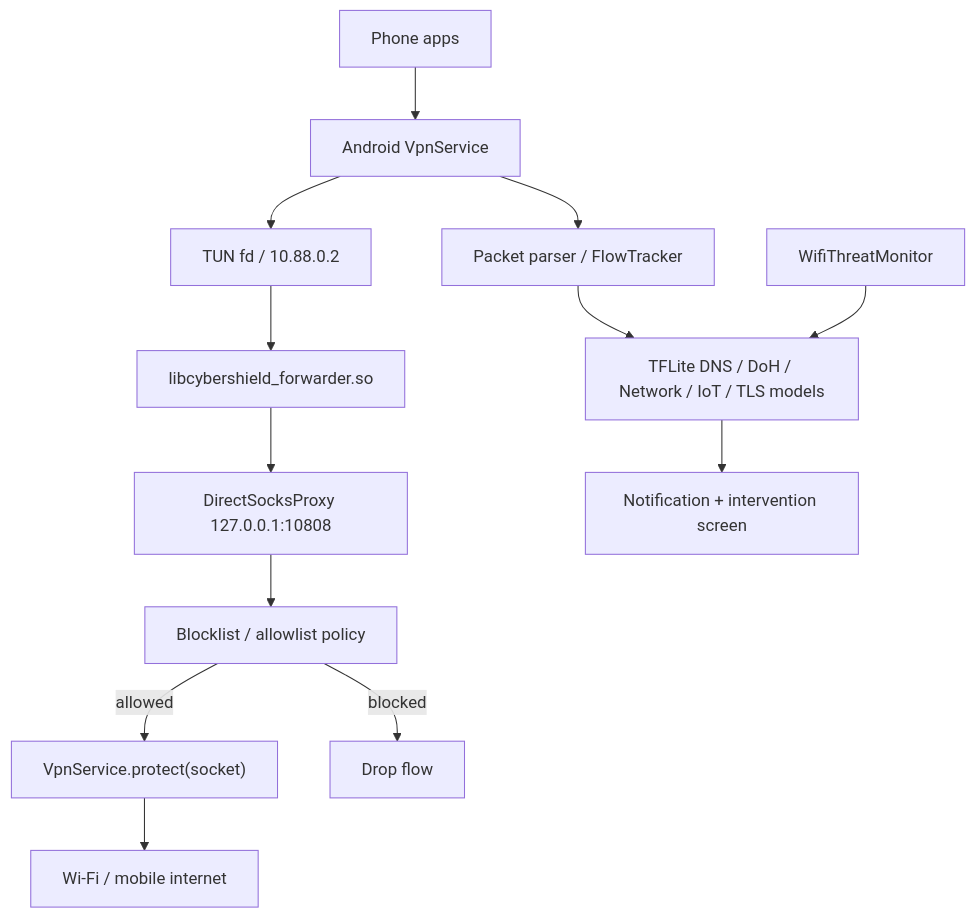
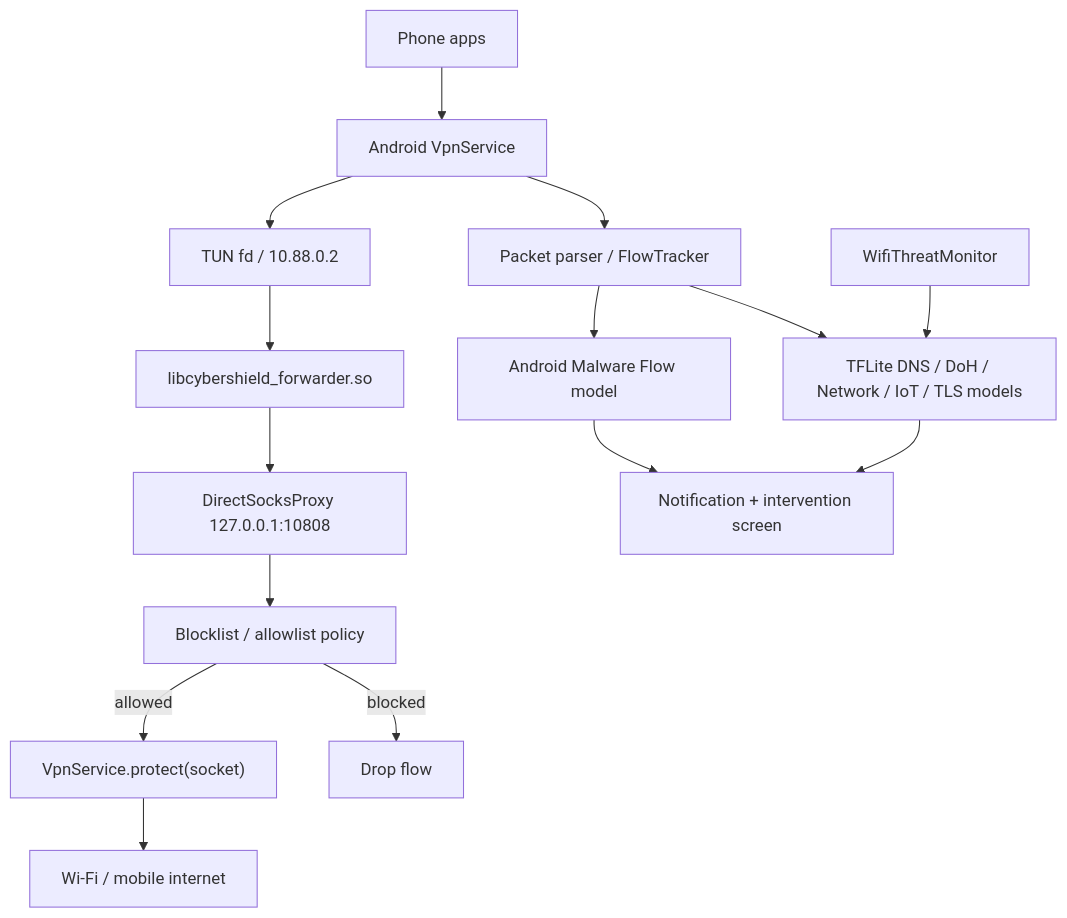
Before and after one commit to chefvolkan53-ctrl/CyberShieldAndroid: the diagram in docs/DEFENSE_ARCHITECTURE.md, drawn with Mermaid. The commit also changed other lines of this file and 12 other files, not shown here.

Commit message:
Add Android malware flow detector

````diff
--- a/docs/DEFENSE_ARCHITECTURE.md
+++ b/docs/DEFENSE_ARCHITECTURE.md
@@ -60,15 +60,17 @@
 ```mermaid
 flowchart TD
     Apps["Phone apps"] --> AndroidVpn["Android VpnService"]
     AndroidVpn --> Tun["TUN fd / 10.88.0.2"]
     Tun --> Native["libcybershield_forwarder.so"]
     Native --> Socks["DirectSocksProxy 127.0.0.1:10808"]
     Socks --> Policy["Blocklist / allowlist policy"]
     Policy -->|allowed| Protect["VpnService.protect(socket)"]
     Policy -->|blocked| Drop["Drop flow"]
     Protect --> Internet["Wi-Fi / mobile internet"]
     AndroidVpn --> Parser["Packet parser / FlowTracker"]
     Parser --> Models["TFLite DNS / DoH / Network / IoT / TLS models"]
+    Parser --> AndroidFlow["Android Malware Flow model"]
     Wifi["WifiThreatMonitor"] --> Models
+    AndroidFlow --> Intervention
     Models --> Intervention["Notification + intervention screen"]
 ```
````
